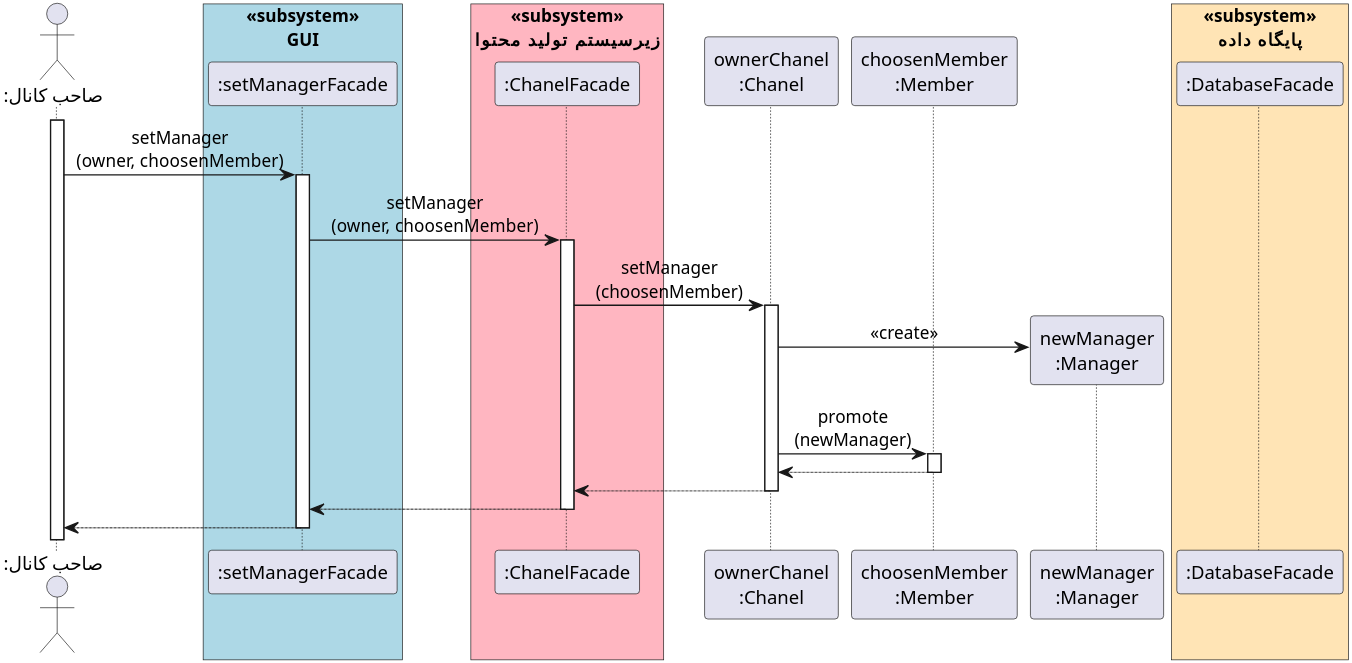
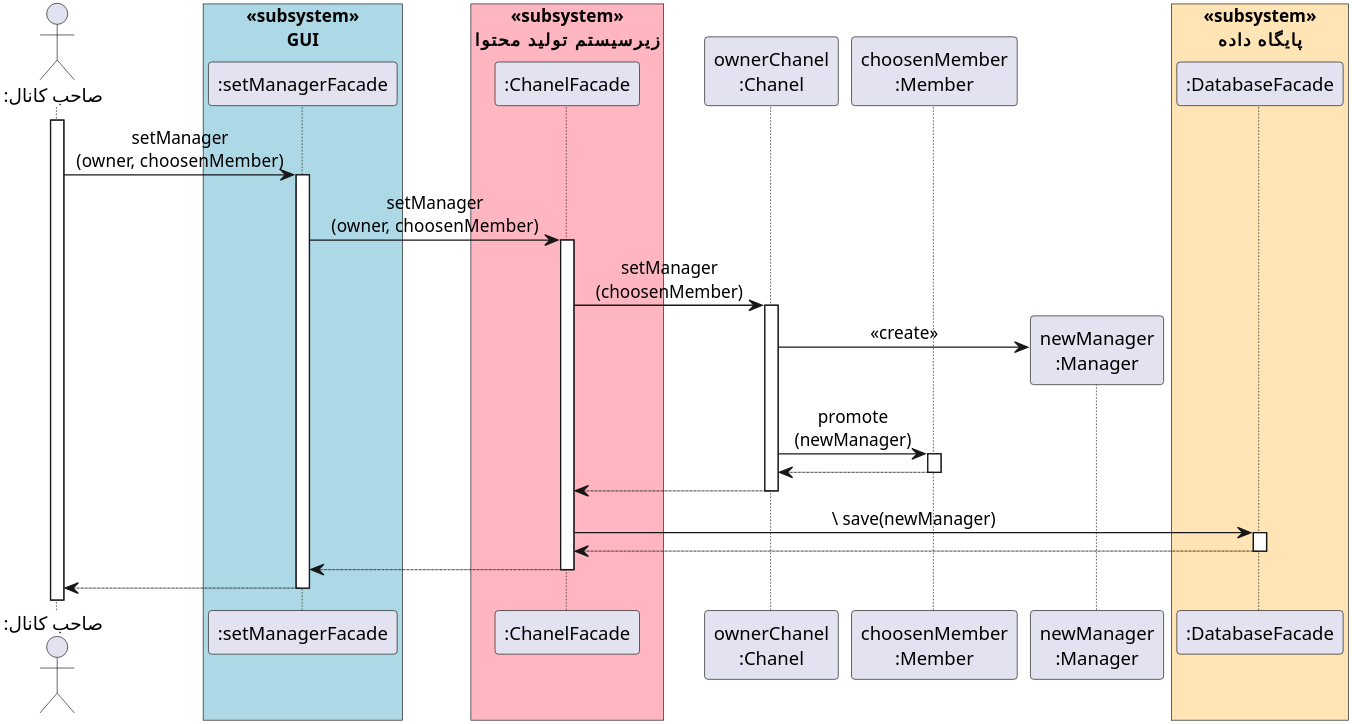
One commit to soleyman79/Qasedak changed the diagram in Diagrams/Design Sequence/ChooseManager.puml. Above: the diagram before and after it, drawn with PlantUML.

```diff
--- a/Diagrams/Design Sequence/ChooseManager.puml
+++ b/Diagrams/Design Sequence/ChooseManager.puml
@@ -1,44 +1,48 @@
 @startuml choose_manager
 
 
 scale 4
 skinparam DefaultFontName Vazir
 skinparam DefaultTextAlignment center
 
 
 actor ":صاحب کانال" as owner
 box "«subsystem»\nGUI" #LightBlue
 participant ":setManagerFacade" as ui
 end box
 box "«subsystem»\nزیرسیستم تولید محتوا" #LightPink
 participant ":ChanelFacade" as chanelFacade
 end box
 participant "ownerChanel\n:Chanel" as chanel
 participant "choosenMember\n:Member" as member
 participant "newManager\n:Manager" as manager
 box "«subsystem»\nپایگاه داده" #Moccasin
 participant ":DatabaseFacade" as db
 end box
 
 
 activate owner
 owner -> ui: setManager\n(owner, choosenMember)
 activate ui
 ui -> chanelFacade: setManager\n(owner, choosenMember)
 activate chanelFacade
 chanelFacade -> chanel: setManager\n(choosenMember)
 activate chanel
 chanel -> manager **: «create»
 chanel -> member: promote\n(newManager)
 activate member
 member --> chanel
 deactivate member
 chanel --> chanelFacade
 deactivate chanel
+chanelFacade -> db:\ save(newManager)
+activate db
+db --> chanelFacade
+deactivate db
 chanelFacade --> ui
 deactivate chanelFacade
 ui --> owner
 deactivate ui
 
 
 @enduml
```
